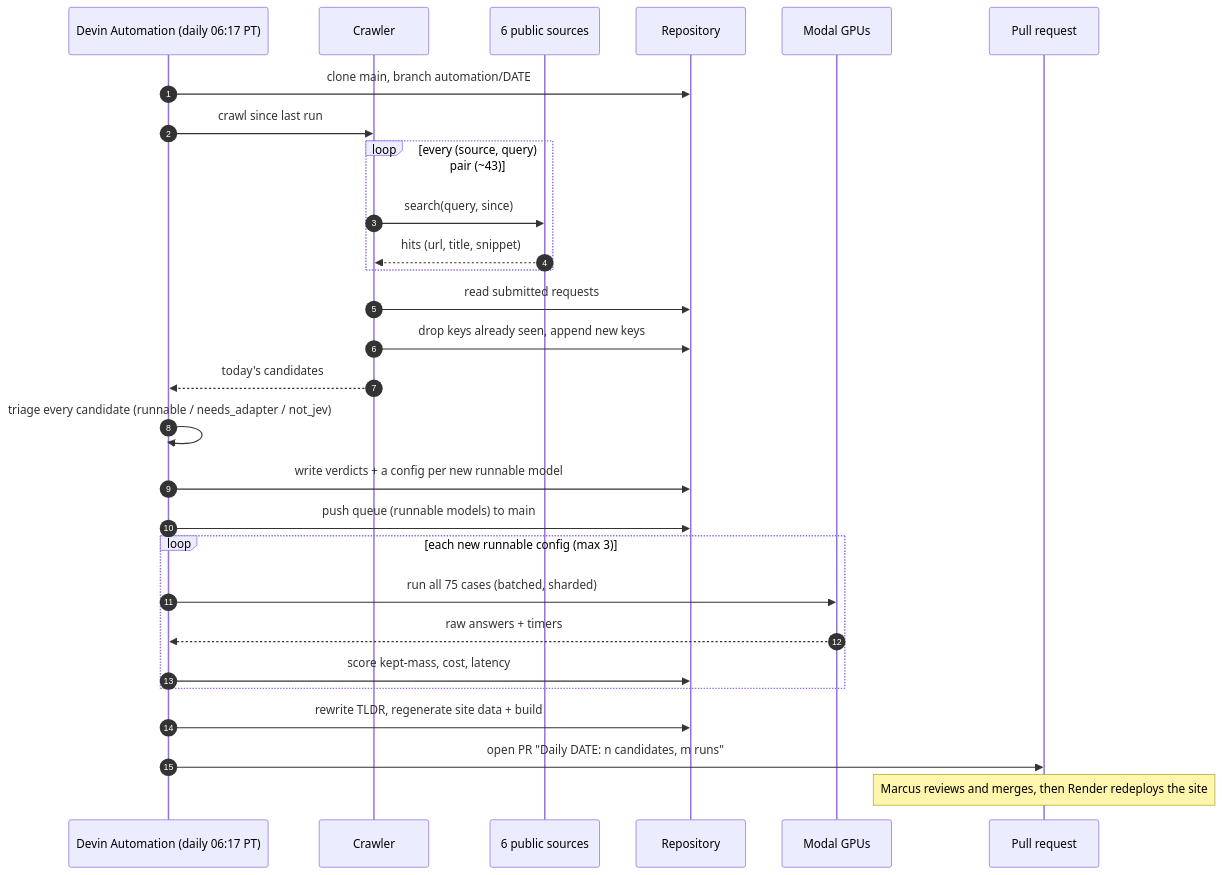
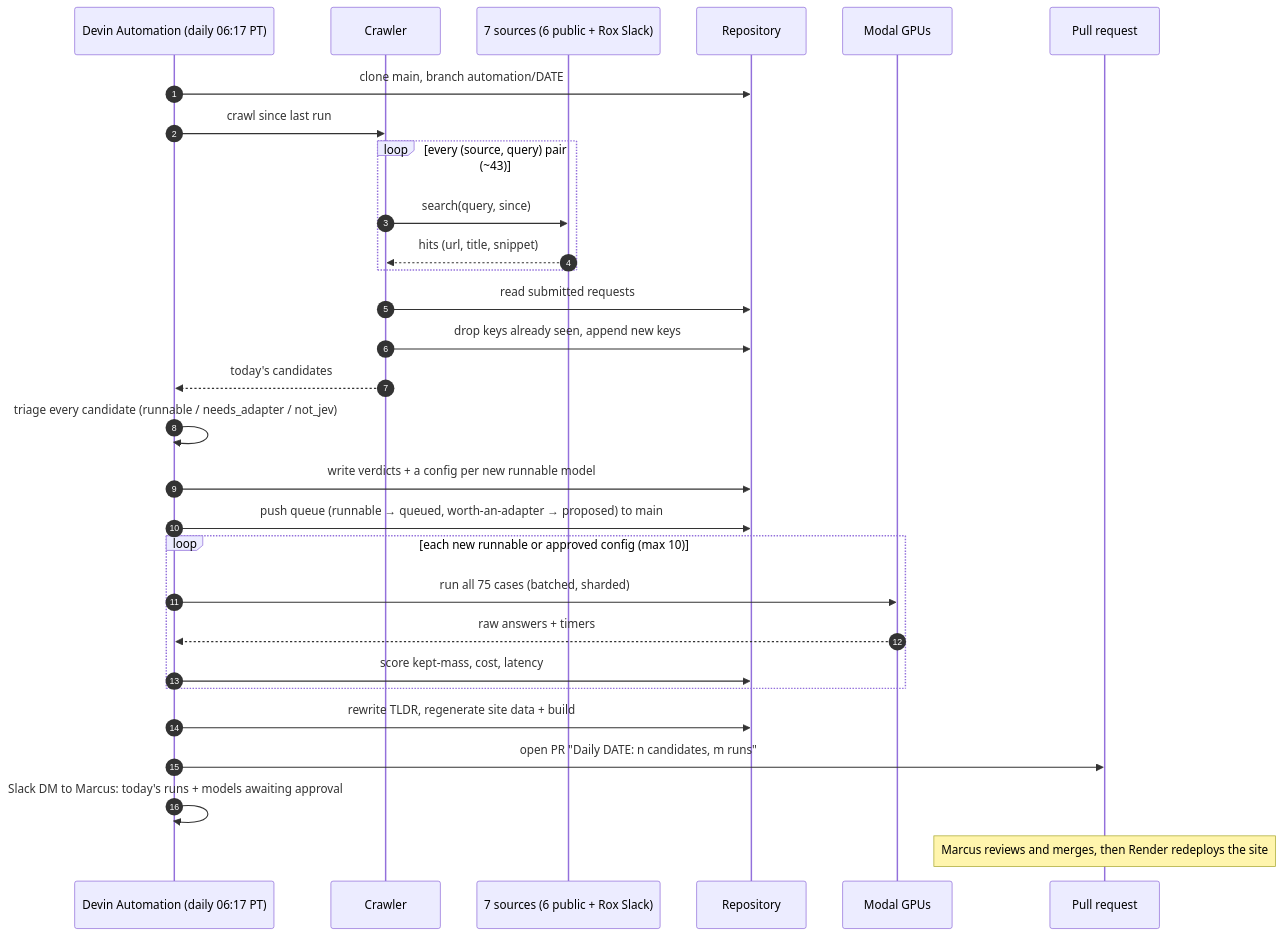
One commit to marcus-rox/jev-tracker changed the second of 3 diagrams in README.md. Above: the diagram before and after it, drawn with Mermaid. The commit also changed other lines of this file and 7 other files, not shown here.

Commit message:
budget 3 -> 10, approval flow + Slack source in README/runbook/DAILY_RUN; 14 proposals from 2026-10-02 triage

````diff
--- a/README.md
+++ b/README.md
@@ -73,30 +77,31 @@
 ```mermaid
 sequenceDiagram
   autonumber
   participant A as Devin Automation (daily 06:17 PT)
   participant C as Crawler
-  participant S as 6 public sources
+  participant S as 7 sources (6 public + Rox Slack)
   participant R as Repository
   participant M as Modal GPUs
   participant P as Pull request
   A->>R: clone main, branch automation/DATE
   A->>C: crawl since last run
   loop every (source, query) pair (~43)
     C->>S: search(query, since)
     S-->>C: hits (url, title, snippet)
   end
   C->>R: read submitted requests
   C->>R: drop keys already seen, append new keys
   C-->>A: today's candidates
   A->>A: triage every candidate (runnable / needs_adapter / not_jev)
   A->>R: write verdicts + a config per new runnable model
-  A->>R: push queue (runnable models) to main
-  loop each new runnable config (max 3)
+  A->>R: push queue (runnable → queued, worth-an-adapter → proposed) to main
+  loop each new runnable or approved config (max 10)
     A->>M: run all 75 cases (batched, sharded)
     M-->>A: raw answers + timers
     A->>R: score kept-mass, cost, latency
   end
   A->>R: rewrite TLDR, regenerate site data + build
   A->>P: open PR "Daily DATE: n candidates, m runs"
+  A->>A: Slack DM to Marcus: today's runs + models awaiting approval
   Note over P: Marcus reviews and merges, then Render redeploys the site
 ```
````
